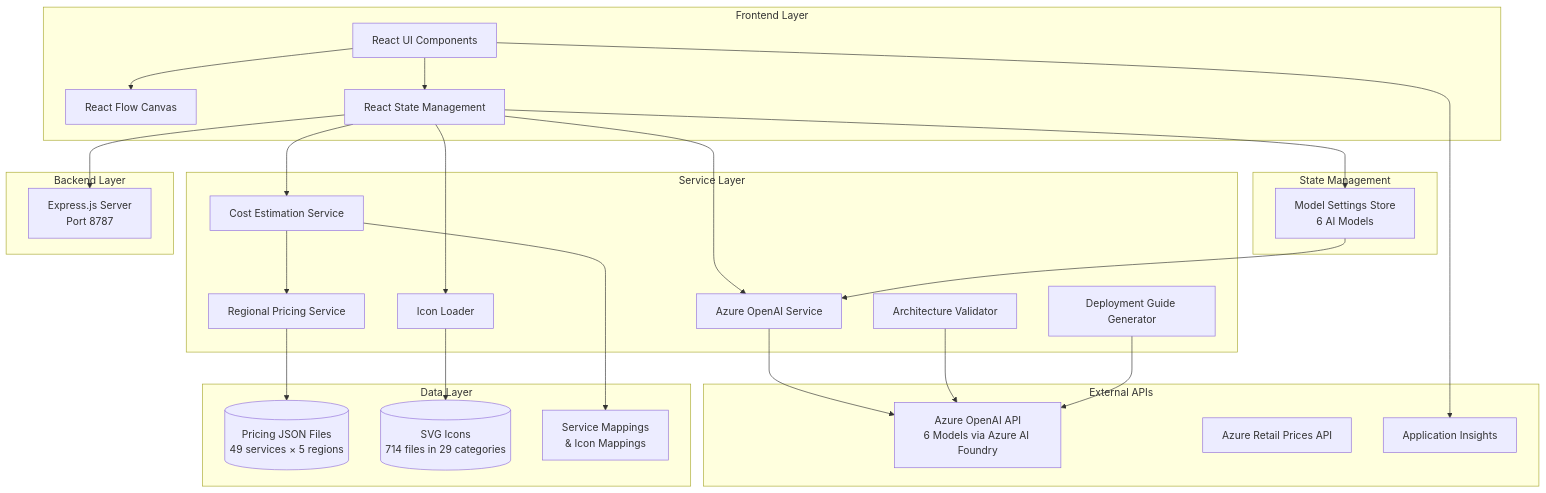
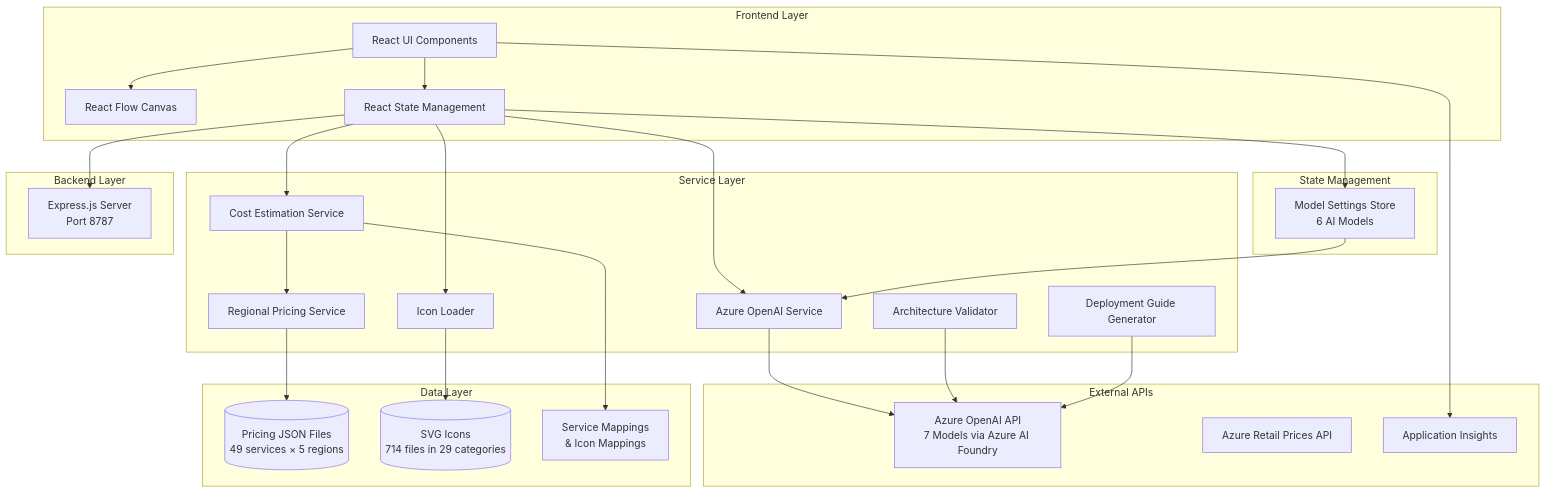
The first of 4 diagrams in DOCS/ARCHITECTURE.md (Arturo-Quiroga-MSFT/azure-architecture-diagram-builder), drawn with Mermaid before and after one commit. The commit also changed other lines of this file and 20 other files, not shown here.

````diff
--- a/DOCS/ARCHITECTURE.md
+++ b/DOCS/ARCHITECTURE.md
@@ -11,54 +11,54 @@
 ```mermaid
 graph TB
     subgraph "Frontend Layer"
         UI[React UI Components]
         RF[React Flow Canvas]
         State[React State Management]
     end
     
     subgraph "Service Layer"
         AI[Azure OpenAI Service]
         Pricing[Cost Estimation Service]
         Regional[Regional Pricing Service]
         Icons[Icon Loader]
         Validator[Architecture Validator]
         DeployGen[Deployment Guide Generator]
     end
     
     subgraph "State Management"
         ModelStore[Model Settings Store<br/>6 AI Models]
     end
     
     subgraph "Data Layer"
         PricingData[(Pricing JSON Files<br/>49 services × 5 regions)]
         IconData[(SVG Icons<br/>714 files in 29 categories)]
         Mappings[Service Mappings<br/>& Icon Mappings]
     end
     
     subgraph "Backend Layer"
         Server[Express.js Server<br/>Port 8787]
     end
     
     subgraph "External APIs"
-        OpenAI[Azure OpenAI API<br/>6 Models via Azure AI Foundry]
+        OpenAI[Azure OpenAI API<br/>7 Models via Azure AI Foundry]
         AzureAPI[Azure Retail Prices API]
         AppInsightsAPI[Application Insights]
     end
     
     UI --> RF
     UI --> State
     State --> ModelStore
     State --> AI
     State --> Pricing
     State --> Icons
     AI --> OpenAI
     ModelStore --> AI
     Pricing --> Regional
     Regional --> PricingData
     Icons --> IconData
     Pricing --> Mappings
     Validator --> OpenAI
     DeployGen --> OpenAI
     State --> Server
     UI --> AppInsightsAPI
 ```
````
